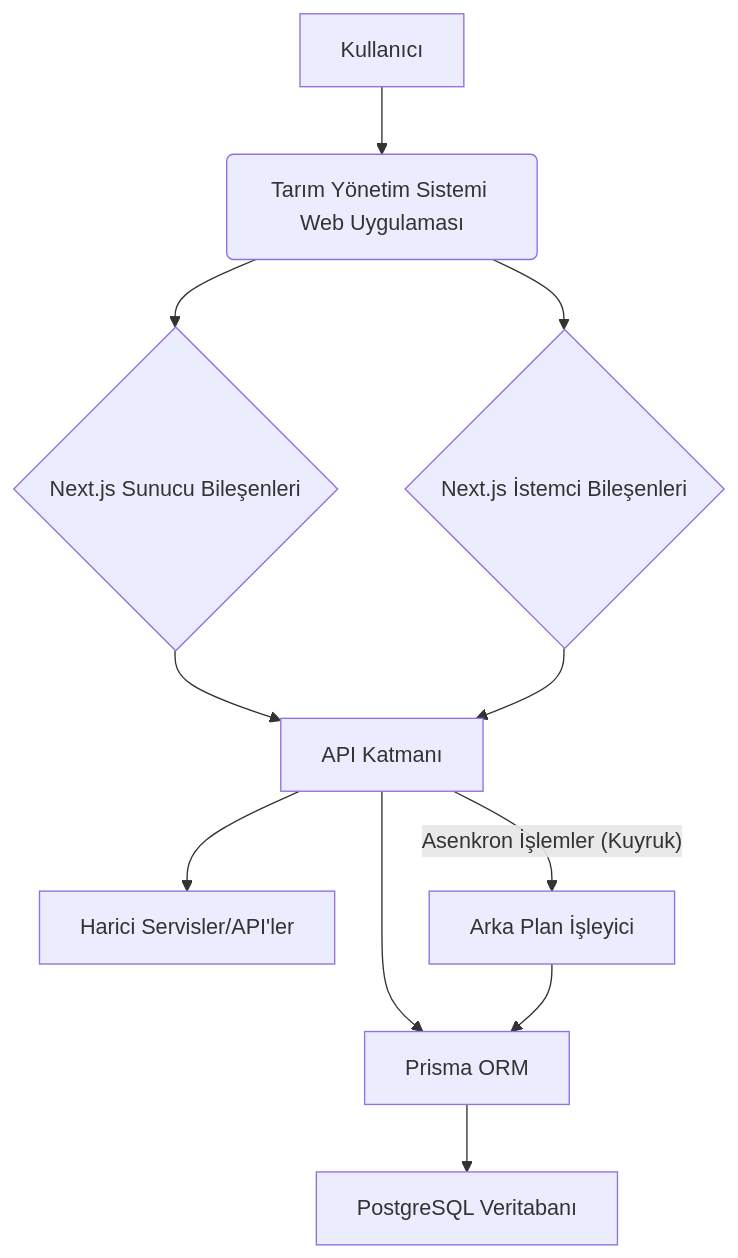
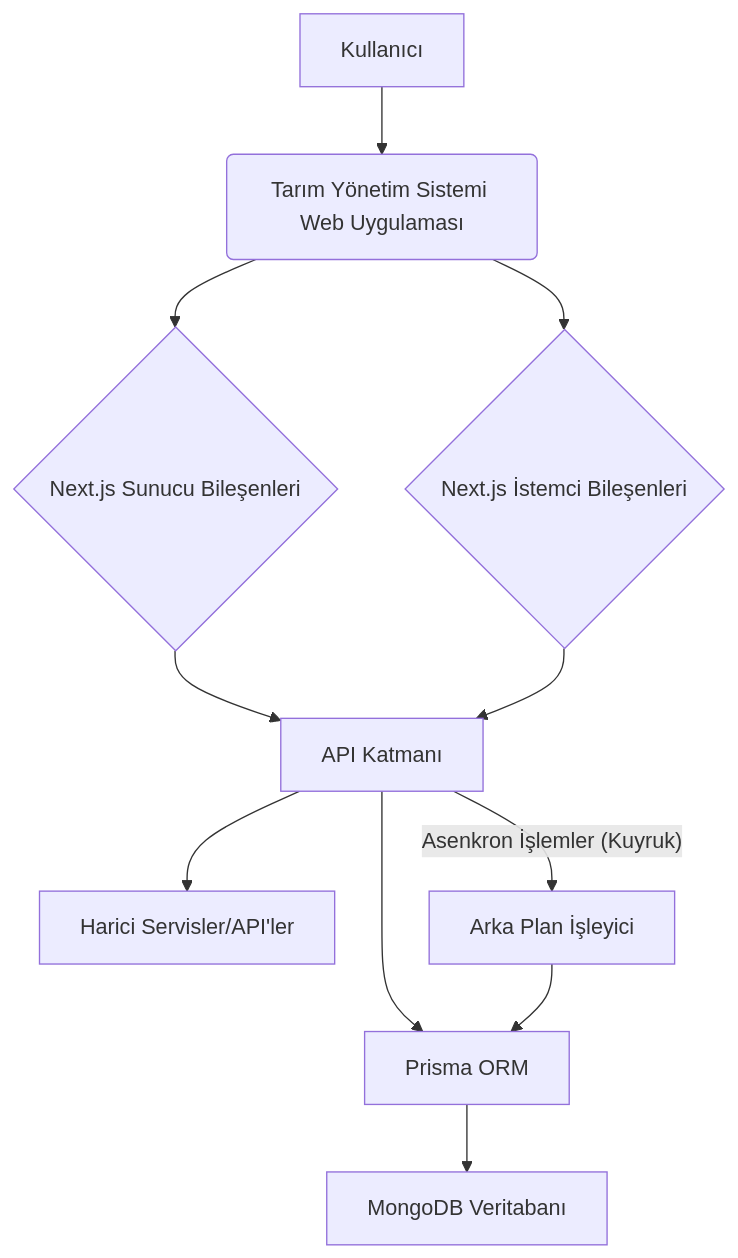
One commit to M3tu20222/tarim changed the diagram in memory-bank/systemPatterns.md. Above: the diagram before and after it, drawn with Mermaid. The commit also changed other lines of this file and 30 other files, not shown here.

````diff
--- a/memory-bank/systemPatterns.md
+++ b/memory-bank/systemPatterns.md
@@ -8,13 +8,13 @@
 ```mermaid
 graph TD
     A[Kullanıcı] --> B(Tarım Yönetim Sistemi Web Uygulaması)
     B --> C{Next.js Sunucu Bileşenleri}
     B --> D{Next.js İstemci Bileşenleri}
     C --> E[API Katmanı]
     D --> E
     E --> F[Prisma ORM]
-    F --> G[PostgreSQL Veritabanı]
+    F --> G[MongoDB Veritabanı]
     E --> H[Harici Servisler/API'ler]
     E -- "Asenkron İşlemler (Kuyruk)" --> I[Arka Plan İşleyici]
     I --> F
 ```
````
